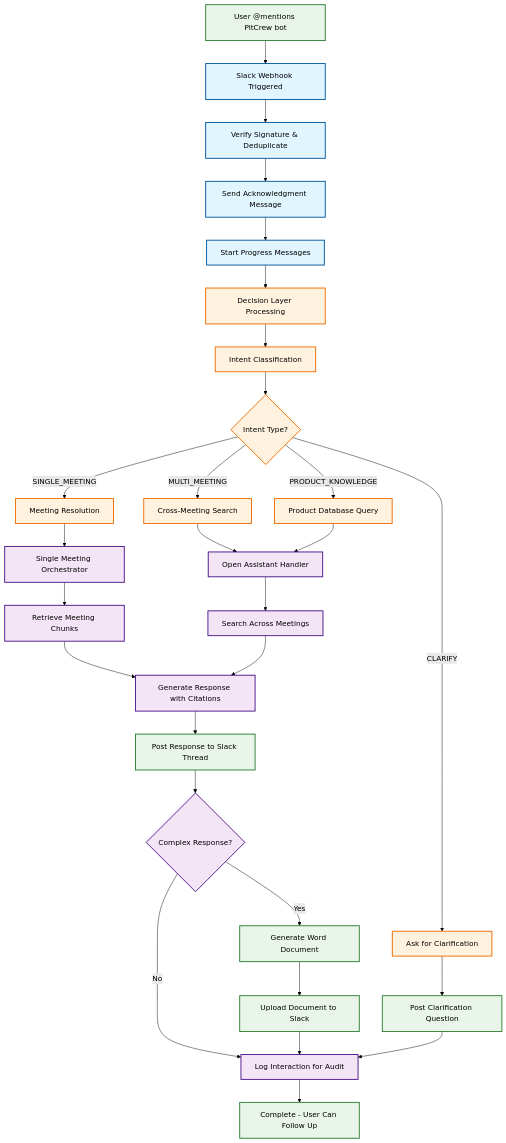
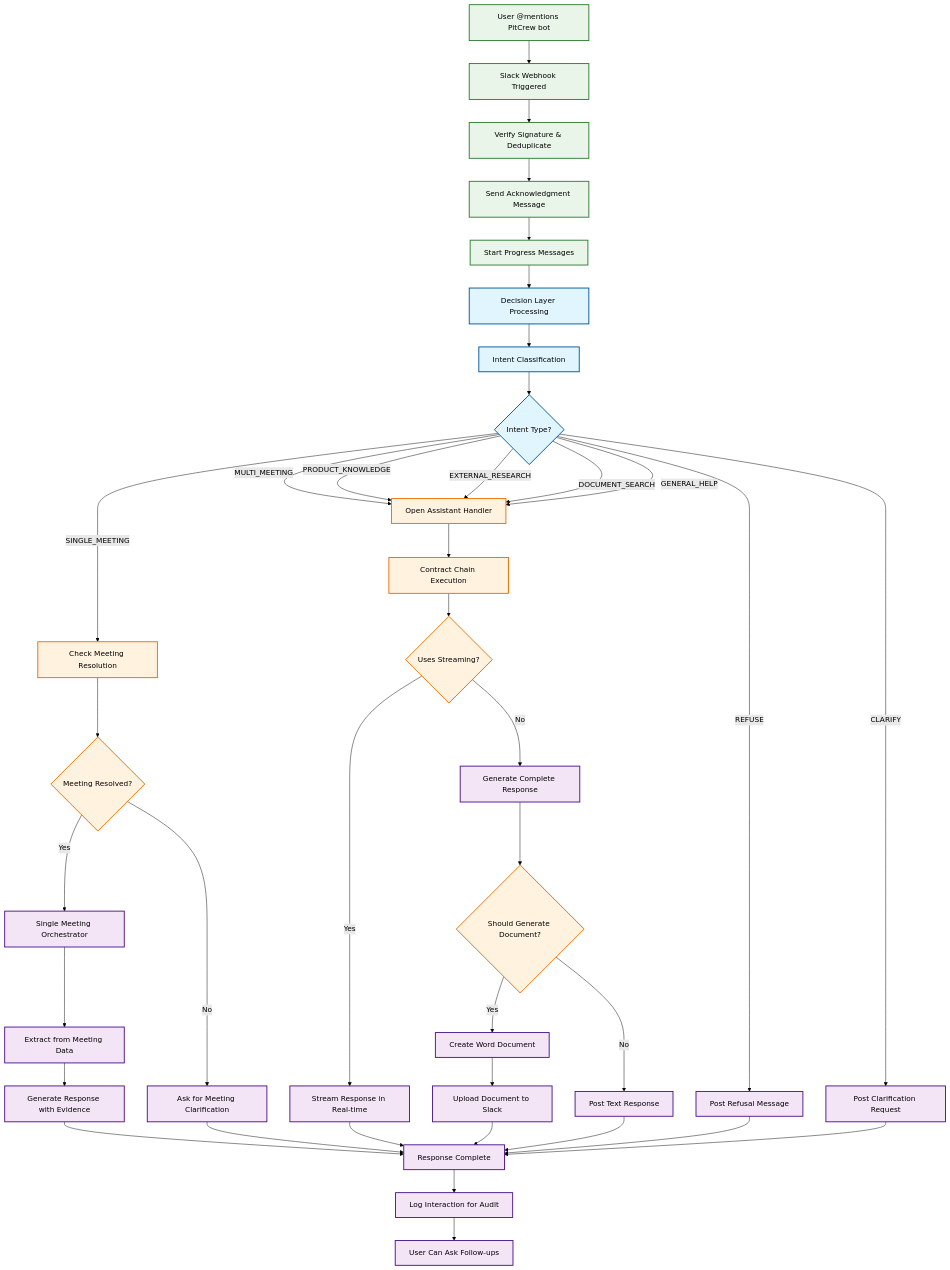
Before and after one commit to Ops-Team-Leverege/Mustard: the third of 8 diagrams in docs/VISUAL_SYSTEM_DIAGRAMS.md, drawn with Mermaid (forest theme). The commit also changed other lines of this file, not shown here.

Commit message:
Fix visual system diagrams to reflect actual architecture
Key corrections:
- Remove 'Handler Type' confusion - Decision Layer routes directly based on intent
- SINGLE_MEETING + resolved meeting → Single Meeting Orchestrator
- All other intents → Open Assistant Handler (no separate handlers)
- Fix document generation logic - based on contract + word count, not 'complex response'
- Show actual Slack workflow: streaming vs non-streaming paths
- Include all 8 intent types in decision flow
- Correct meeting resolution flow before intent routing
- Remove artificial 'External Research Handler' - handled by Open Assistant
- Show real system: Intent → Context → Contract → Route to appropriate orchestrator

````diff
--- a/docs/VISUAL_SYSTEM_DIAGRAMS.md
+++ b/docs/VISUAL_SYSTEM_DIAGRAMS.md
@@ -118,46 +118,58 @@
 ```mermaid
 graph TD
     A[User @mentions PitCrew bot] --> B[Slack Webhook Triggered]
     B --> C[Verify Signature & Deduplicate]
     C --> D[Send Acknowledgment Message]
     D --> E[Start Progress Messages]
     
     E --> F[Decision Layer Processing]
     F --> G[Intent Classification]
     G --> H{Intent Type?}
     
-    H -->|SINGLE_MEETING| I[Meeting Resolution]
-    H -->|MULTI_MEETING| J[Cross-Meeting Search]
-    H -->|PRODUCT_KNOWLEDGE| K[Product Database Query]
-    H -->|CLARIFY| L[Ask for Clarification]
+    H -->|SINGLE_MEETING| I[Check Meeting Resolution]
+    H -->|MULTI_MEETING| J[Open Assistant Handler]
+    H -->|PRODUCT_KNOWLEDGE| J
+    H -->|EXTERNAL_RESEARCH| J
+    H -->|DOCUMENT_SEARCH| J
+    H -->|GENERAL_HELP| J
+    H -->|REFUSE| K[Post Refusal Message]
+    H -->|CLARIFY| L[Post Clarification Request]
     
-    I --> M[Single Meeting Orchestrator]
-    J --> N[Open Assistant Handler]
-    K --> N
-    L --> O[Post Clarification Question]
+    I --> M{Meeting Resolved?}
+    M -->|Yes| N[Single Meeting Orchestrator]
+    M -->|No| O[Ask for Meeting Clarification]
     
-    M --> P[Retrieve Meeting Chunks]
-    N --> Q[Search Across Meetings]
-    P --> R[Generate Response with Citations]
-    Q --> R
+    J --> P[Contract Chain Execution]
+    P --> Q{Uses Streaming?}
+    Q -->|Yes| R[Stream Response in Real-time]
+    Q -->|No| S[Generate Complete Response]
     
-    R --> S[Post Response to Slack Thread]
-    S --> T{Complex Response?}
-    T -->|Yes| U[Generate Word Document]
-    T -->|No| V[Log Interaction for Audit]
-    U --> W[Upload Document to Slack]
-    W --> V
+    N --> T[Extract from Meeting Data]
+    T --> U[Generate Response with Evidence]
     
-    O --> V
-    V --> X[Complete - User Can Follow Up]
+    S --> V{Should Generate Document?}
+    V -->|Yes| W[Create Word Document]
+    V -->|No| X[Post Text Response]
+    
+    R --> Y[Response Complete]
+    U --> Y
+    W --> Z[Upload Document to Slack]
+    X --> Y
+    O --> Y
+    K --> Y
+    L --> Y
+    Z --> Y
+    
+    Y --> AA[Log Interaction for Audit]
+    AA --> BB[User Can Ask Follow-ups]
     
     classDef user fill:#e8f5e8,stroke:#2e7d32,stroke-width:2px
     classDef slack fill:#e1f5fe,stroke:#01579b,stroke-width:2px
     classDef decision fill:#fff3e0,stroke:#ef6c00,stroke-width:2px
     classDef processing fill:#f3e5f5,stroke:#4a148c,stroke-width:2px
     
-    class A,O,S,U,W,X user
-    class B,C,D,E slack
-    class F,G,H,I,J,K,L decision
-    class M,N,P,Q,R,T,V processing
+    class A,B,C,D,E user
+    class F,G,H slack
+    class I,J,M,P,Q,V decision
+    class N,T,U,S,R,W,X,O,K,L,Y,Z,AA,BB processing
 ```
````
